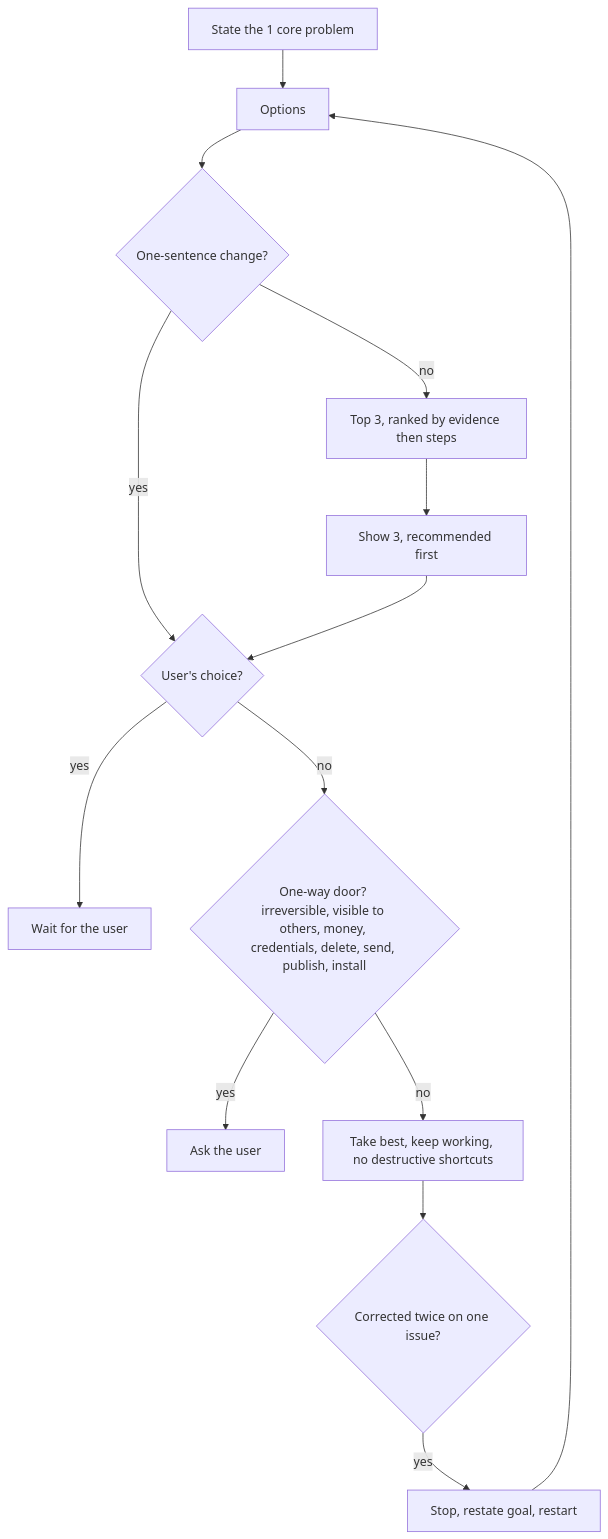
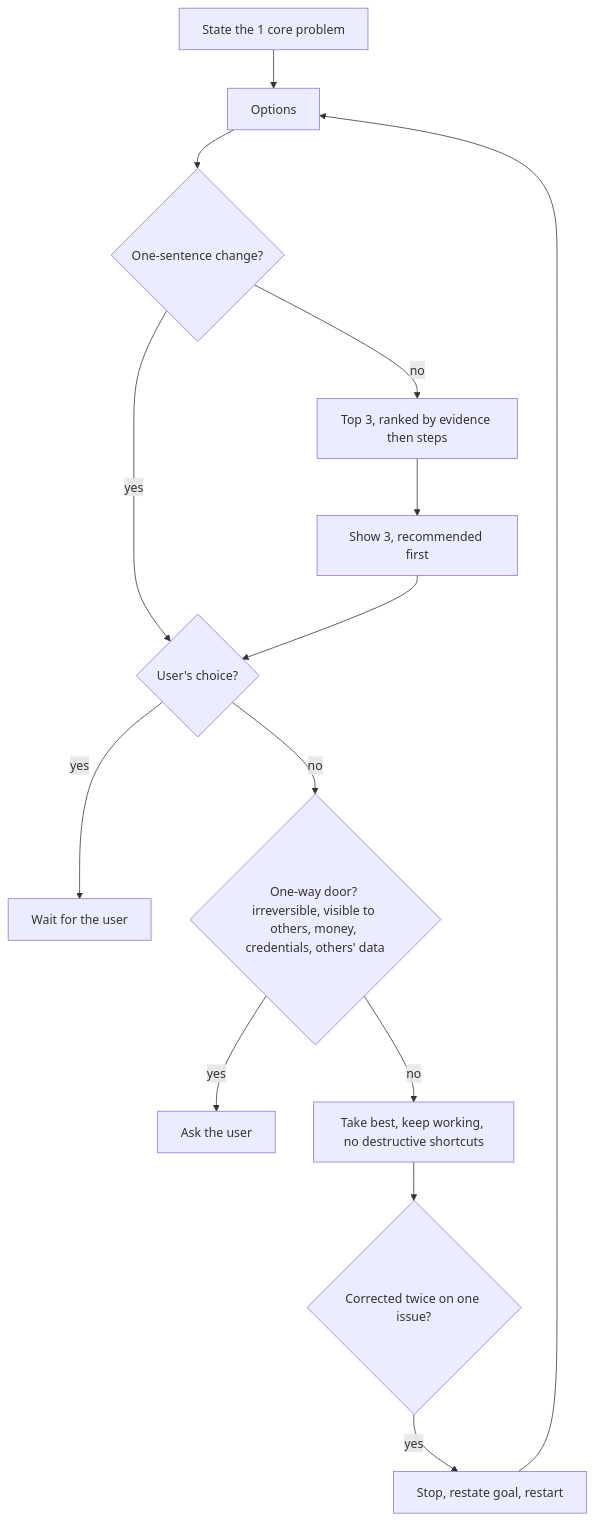
The ninth of 14 diagrams in AGENTS.md (SolenixAI/arbiter), drawn with Mermaid before and after one commit. The commit also changed other lines of this file, not shown here.

````diff
--- a/AGENTS.md
+++ b/AGENTS.md
@@ -325,13 +325,13 @@
 ```mermaid
 flowchart TD
   P1[State the 1 core problem] --> O[Options] --> OS{One-sentence change?}
   OS -->|yes| Q
   OS -->|no| T[Top 3, ranked by evidence then steps] --> S[Show 3, recommended first]
   S --> Q{User's choice?}
   Q -->|yes| W[Wait for the user]
-  Q -->|no| A{One-way door? irreversible, visible to others, money, credentials, delete, send, publish, install}
+  Q -->|no| A{One-way door? irreversible, visible to others, money, credentials, others' data}
   A -->|yes| U[Ask the user]
   A -->|no| X[Take best, keep working, no destructive shortcuts]
   X --> K{Corrected twice on one issue?}
   K -->|yes| Z[Stop, restate goal, restart] --> O
 ```
````
